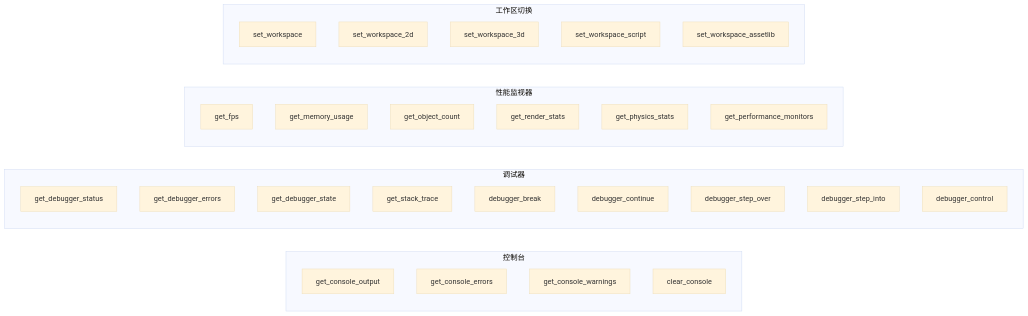
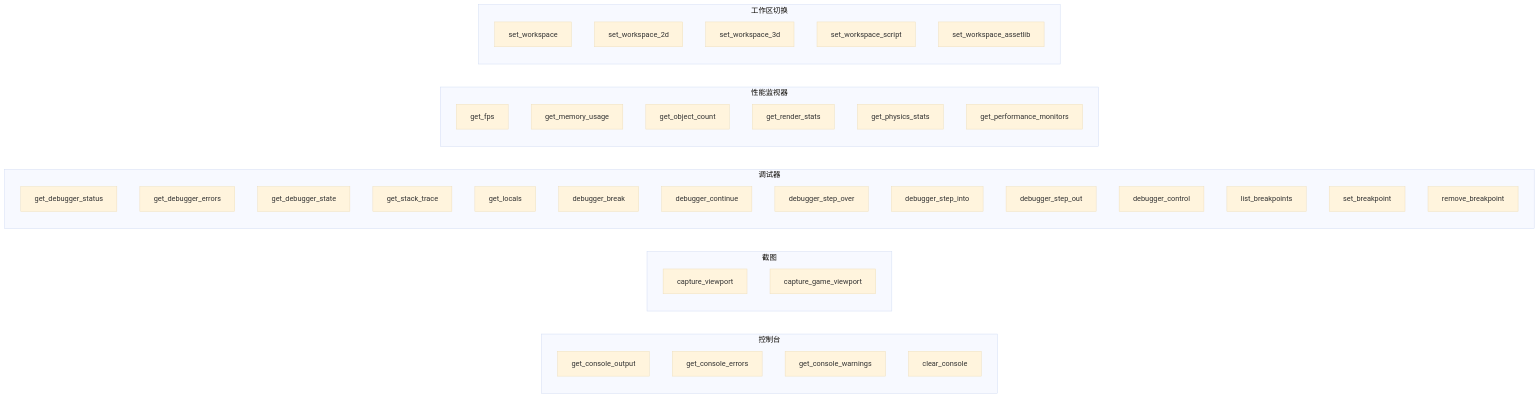
Before and after one commit to jesspig/GodotMCP-GDExtension: the diagram in .repo_wiki/modules/workspace-tools.md, drawn with Mermaid (base theme). The commit also changed other lines of this file and 36 other files, not shown here.

````diff
--- a/.repo_wiki/modules/workspace-tools.md
+++ b/.repo_wiki/modules/workspace-tools.md
@@ -7,35 +7,44 @@
 ```mermaid
 flowchart LR
     subgraph Console["控制台"]
         CONSOLE["get_console_output"]
         ERRORS["get_console_errors"]
         WARNINGS["get_console_warnings"]
         CLEAR["clear_console"]
     end
+    subgraph Capture["截图"]
+        CAPVP["capture_viewport"]
+        CAPGV["capture_game_viewport"]
+    end
     subgraph Debugger["调试器"]
         STATUS["get_debugger_status"]
         ERR["get_debugger_errors"]
         STATE["get_debugger_state"]
         STACK["get_stack_trace"]
+        LOCALS["get_locals"]
         BREAK["debugger_break"]
         CONTINUE["debugger_continue"]
         SO["debugger_step_over"]
         SI["debugger_step_into"]
+        SOUT["debugger_step_out"]
         CTRL["debugger_control"]
+        LISTBP["list_breakpoints"]
+        SETBP["set_breakpoint"]
+        RMBP["remove_breakpoint"]
     end
     subgraph Perf["性能监视器"]
         FPS["get_fps"]
         MEM["get_memory_usage"]
         OBJ["get_object_count"]
         RENDER["get_render_stats"]
         PHYSICS["get_physics_stats"]
         MONITOR["get_performance_monitors"]
     end
     subgraph WS["工作区切换"]
         WS_SET["set_workspace"]
         WS2D["set_workspace_2d"]
         WS3D["set_workspace_3d"]
         SCRIPT["set_workspace_script"]
         ASSET["set_workspace_assetlib"]
     end
 ```
````
